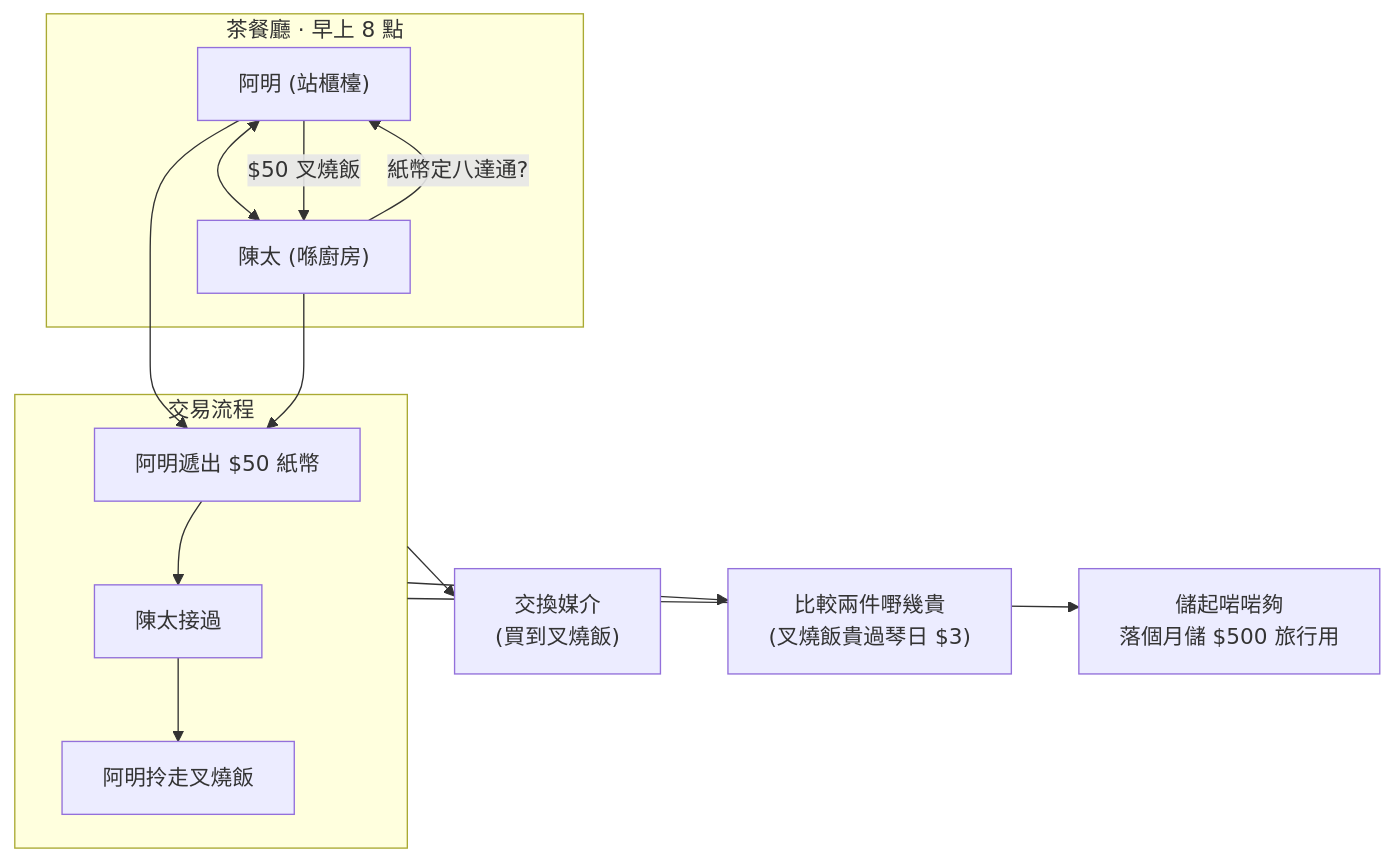
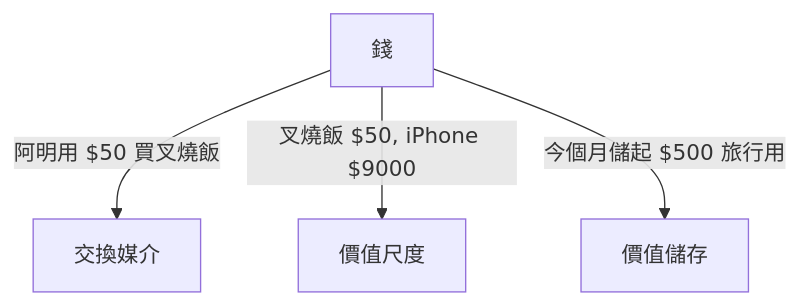
Before and after one commit to adamaiken89/course-content: the third of 5 diagrams in finance-basics-cantonese/modules/01-what-is-money/lesson.md, drawn with Mermaid. The commit also changed other lines of this file and 10 other files, not shown here.

````diff
--- a/finance-basics-cantonese/modules/01-what-is-money/lesson.md
+++ b/finance-basics-cantonese/modules/01-what-is-money/lesson.md
@@ -74,24 +67,7 @@
 ```mermaid
 flowchart TD
-  subgraph SC["茶餐廳 · 早上 8 點"]
-    Ah["阿明 (站櫃檯)"]
-    Ta["陳太 (喺廚房)"]
-    Ah <--> Ta
-    Ah -->|"$50 叉燒飯"| Ta
-    Ta -->|"紙幣定八達通?"| Ah
-  end
-
-  subgraph TX["交易流程"]
-    T1["阿明遞出 $50 紙幣"]
-    T2["陳太接過"]
-    T3["阿明拎走叉燒飯"]
-    T1 --> T2 --> T3
-  end
-
-  Ah --> T1
-  Ta --> T1
-
-  TX --> F1["交換媒介<br/>(買到叉燒飯)"]
-  TX --> F2["比較兩件嘢幾貴<br/>(叉燒飯貴過琴日 $3)"]
-  TX --> F3["儲起啱啱夠<br/>落個月儲 $500 旅行用"]
+  M["錢"]
+  M -->|"阿明用 $50 買叉燒飯"| F1["交換媒介"]
+  M -->|"叉燒飯 $50, iPhone $9000"| F2["價值尺度"]
+  M -->|"今個月儲起 $500 旅行用"| F3["價值儲存"]
 ```
````
